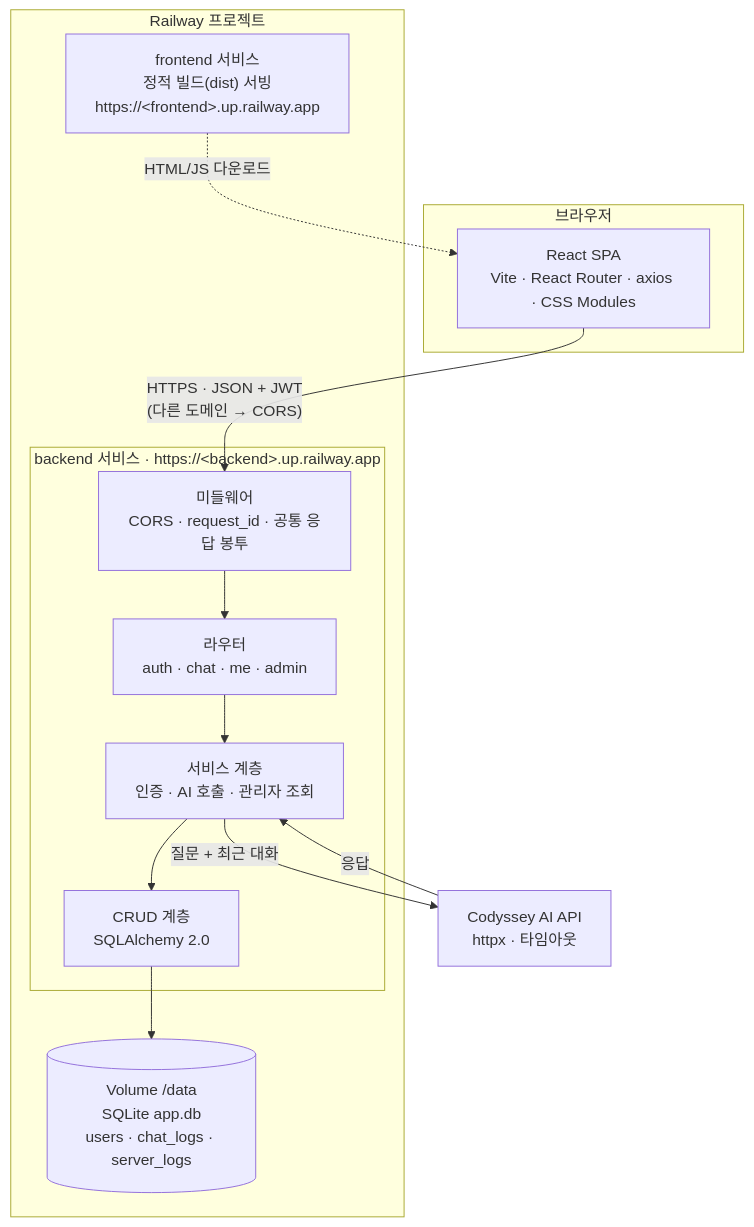
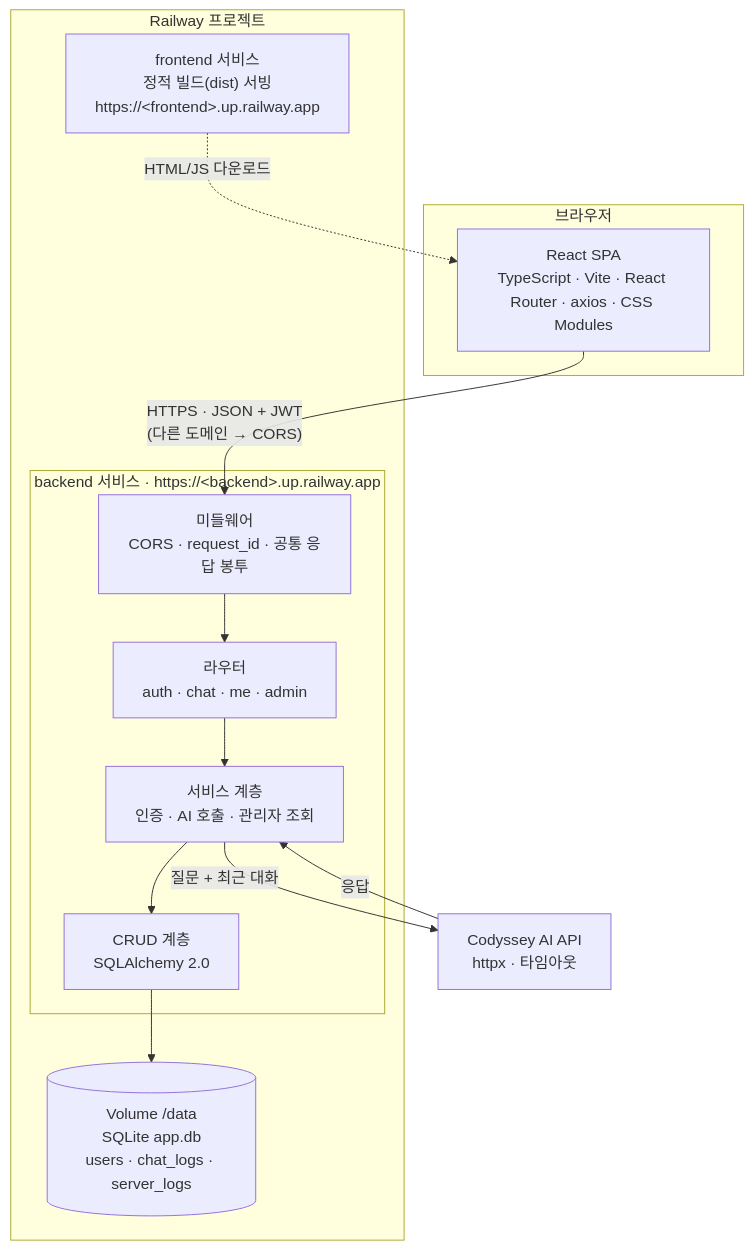
One commit to b7-1-chatbot-team/B7-1-chatbot changed the first of 6 diagrams in docs/02-architecture.md. Above: the diagram before and after it, drawn with Mermaid. The commit also changed other lines of this file and 9 other files, not shown here.

````diff
--- a/docs/02-architecture.md
+++ b/docs/02-architecture.md
@@ -45,28 +46,28 @@
 ```mermaid
 flowchart TD
     subgraph client["브라우저"]
-        React["React SPA<br/>Vite · React Router · axios · CSS Modules"]
+        React["React SPA<br/>TypeScript · Vite · React Router · axios · CSS Modules"]
     end
 
     subgraph railway["Railway 프로젝트"]
         Web["frontend 서비스<br/>정적 빌드(dist) 서빙<br/>https://&lt;frontend&gt;.up.railway.app"]
         subgraph api["backend 서비스 · https://&lt;backend&gt;.up.railway.app"]
             MW["미들웨어<br/>CORS · request_id · 공통 응답 봉투"]
             Router["라우터<br/>auth · chat · me · admin"]
             Service["서비스 계층<br/>인증 · AI 호출 · 관리자 조회"]
             Crud["CRUD 계층<br/>SQLAlchemy 2.0"]
         end
         Vol[("Volume /data<br/>SQLite app.db<br/>users · chat_logs · server_logs")]
     end
 
     AI["Codyssey AI API<br/>httpx · 타임아웃"]
 
     Web -. "HTML/JS 다운로드" .-> React
     React -->|"HTTPS · JSON + JWT<br/>(다른 도메인 → CORS)"| MW
     MW --> Router
     Router --> Service
     Service --> Crud
     Service -->|"질문 + 최근 대화"| AI
     AI -->|"응답"| Service
     Crud --> Vol
 ```
````
